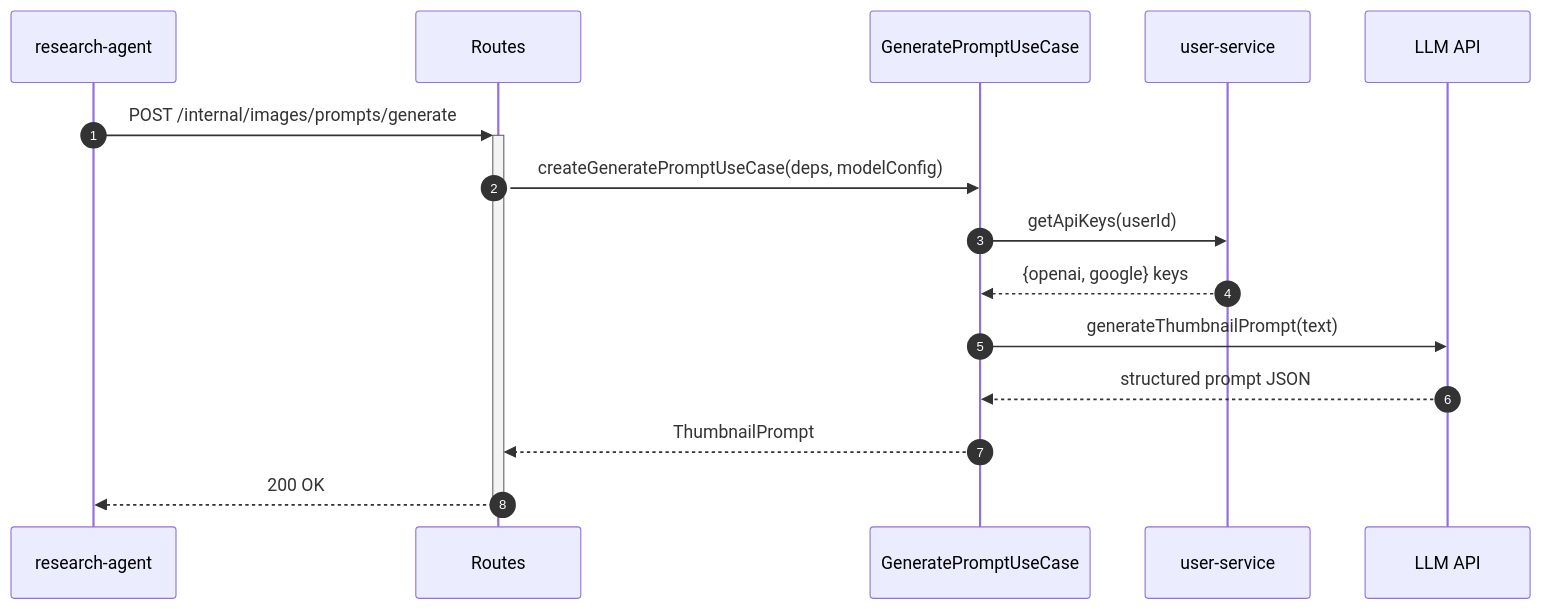
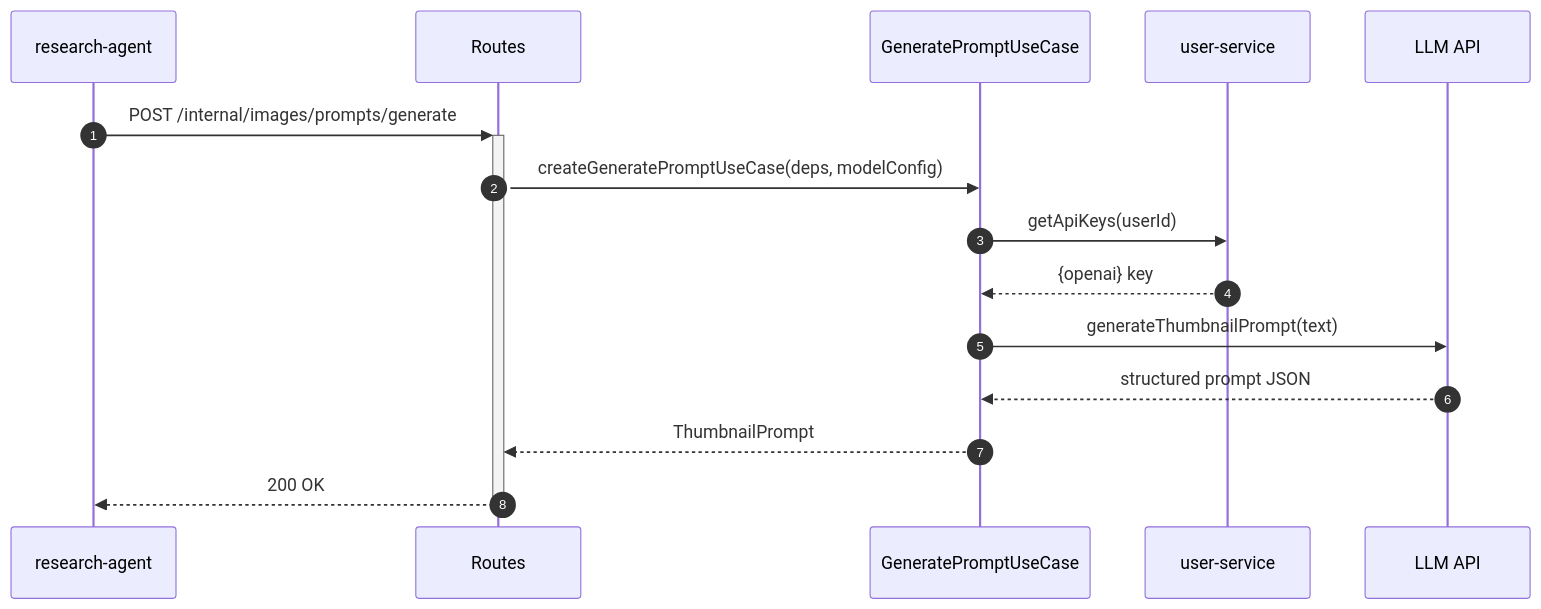
The third of 3 diagrams in docs/services/image-service/technical.md (pbuchman/intexuraos), drawn with Mermaid before and after one commit. The commit also changed other lines of this file and 267 other files, not shown here.

````diff
--- a/docs/services/image-service/technical.md
+++ b/docs/services/image-service/technical.md
@@ -88,20 +88,20 @@
 ```mermaid
 sequenceDiagram
     autonumber
     participant Caller as research-agent
     participant Routes as Routes
     participant UC as GeneratePromptUseCase
     participant UserSvc as user-service
     participant LLM as LLM API
 
     Caller->>+Routes: POST /internal/images/prompts/generate
     Routes->>UC: createGeneratePromptUseCase(deps, modelConfig)
     UC->>UserSvc: getApiKeys(userId)
-    UserSvc-->>UC: {openai, google} keys
+    UserSvc-->>UC: {openai} key
 
     UC->>LLM: generateThumbnailPrompt(text)
     LLM-->>UC: structured prompt JSON
 
     UC-->>Routes: ThumbnailPrompt
     Routes-->>-Caller: 200 OK
 ```
````
